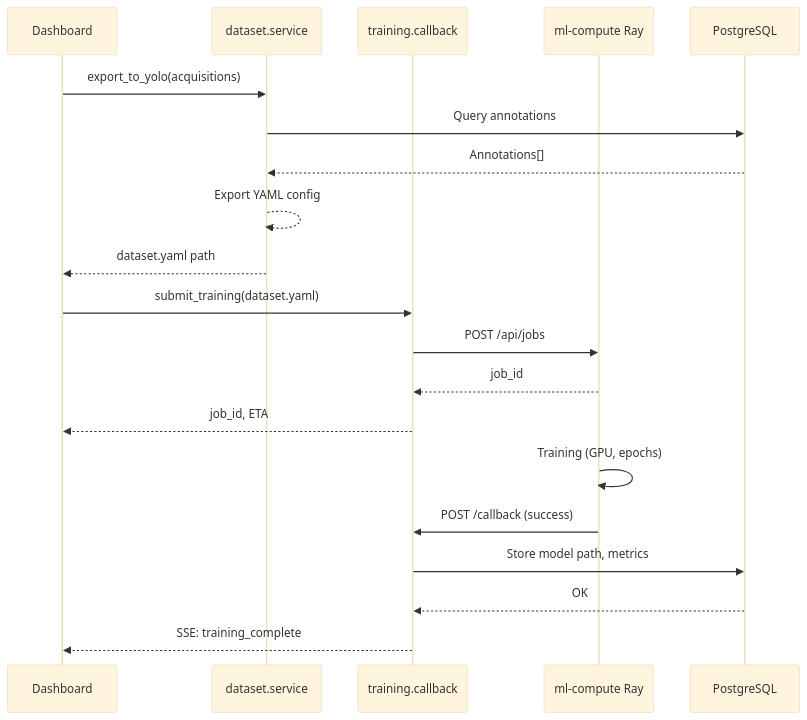
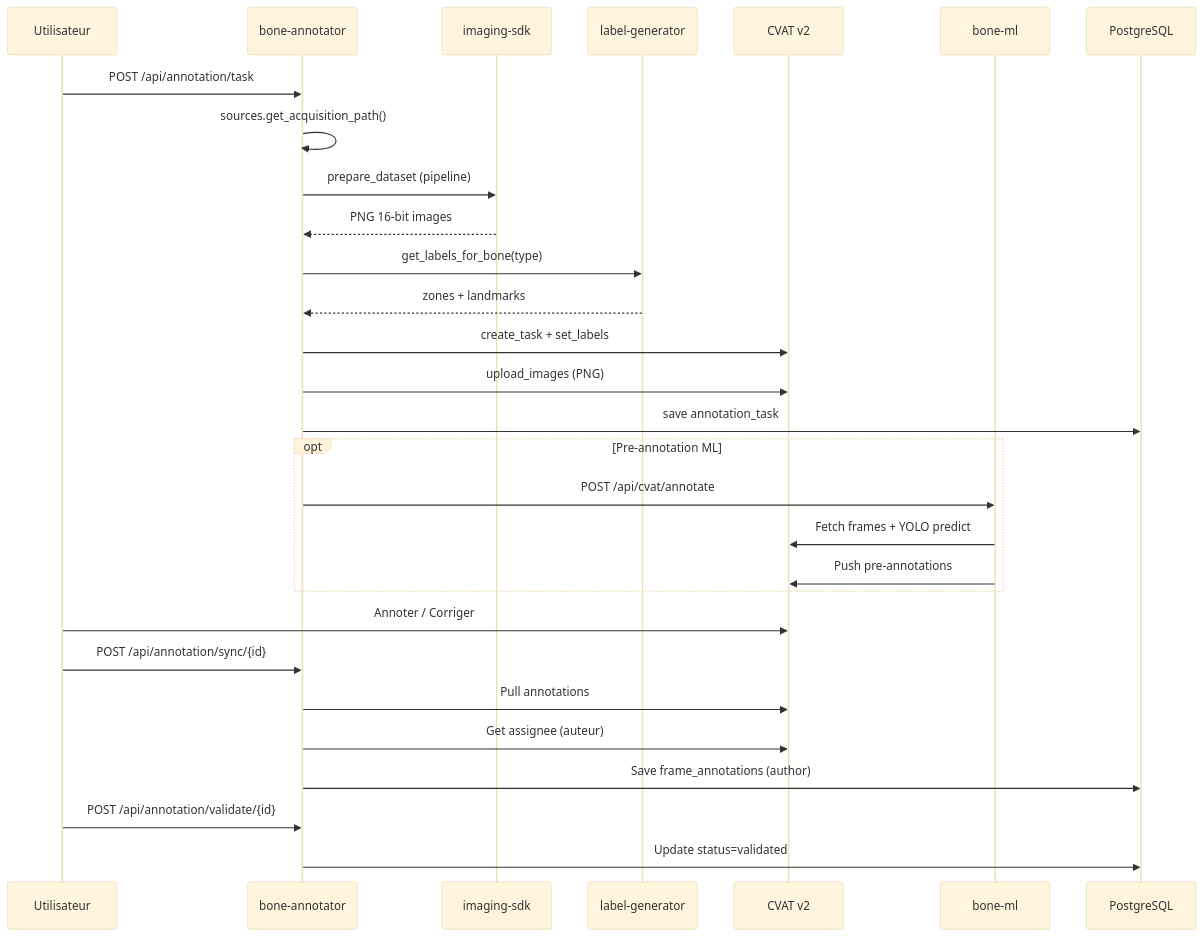
Before and after one commit to VersoVet/bone-annotator: the second of 4 diagrams in DIAGRAM.md, drawn with Mermaid (base theme). The commit also changed other lines of this file and 4 other files, not shown here.

First line of the commit message:
fix: Resolve Forge validation errors — DIAGRAM.md, test coverage, Codex issues

````diff
--- a/DIAGRAM.md
+++ b/DIAGRAM.md
@@ -153,26 +64,36 @@
 ```mermaid
 sequenceDiagram
-    participant Dashboard
-    participant Dataset as dataset.service
-    participant Training as training.service
-    participant MLCompute as ml-compute Ray
-    participant DB as PostgreSQL
-    participant Training as training.callback
+    participant User as Utilisateur
+    participant BA as bone-annotator
+    participant SDK as imaging-sdk
+    participant LG as label-generator
+    participant CVAT as CVAT v2
+    participant BML as bone-ml
+    participant PG as PostgreSQL
 
-    Dashboard->>Dataset: export_to_yolo(acquisitions)
-    Dataset->>DB: Query annotations
-    DB-->>Dataset: Annotations[]
-    Dataset-->>Dataset: Export YAML config
-    Dataset-->>Dashboard: dataset.yaml path
-    
-    Dashboard->>Training: submit_training(dataset.yaml)
-    Training->>MLCompute: POST /api/jobs
-    MLCompute-->>Training: job_id
-    Training-->>Dashboard: job_id, ETA
-    
-    MLCompute->>MLCompute: Training (GPU, epochs)
-    MLCompute->>Training: POST /callback (success)
-    Training->>DB: Store model path, metrics
-    DB-->>Training: OK
-    Training-->>Dashboard: SSE: training_complete
+    User->>BA: POST /api/annotation/task
+    BA->>BA: sources.get_acquisition_path()
+    BA->>SDK: prepare_dataset (pipeline)
+    SDK-->>BA: PNG 16-bit images
+    BA->>LG: get_labels_for_bone(type)
+    LG-->>BA: zones + landmarks
+    BA->>CVAT: create_task + set_labels
+    BA->>CVAT: upload_images (PNG)
+    BA->>PG: save annotation_task
+
+    opt Pre-annotation ML
+        BA->>BML: POST /api/cvat/annotate
+        BML->>CVAT: Fetch frames + YOLO predict
+        BML->>CVAT: Push pre-annotations
+    end
+
+    User->>CVAT: Annoter / Corriger
+
+    User->>BA: POST /api/annotation/sync/{id}
+    BA->>CVAT: Pull annotations
+    BA->>CVAT: Get assignee (auteur)
+    BA->>PG: Save frame_annotations (author)
+
+    User->>BA: POST /api/annotation/validate/{id}
+    BA->>PG: Update status=validated
 ```
````
